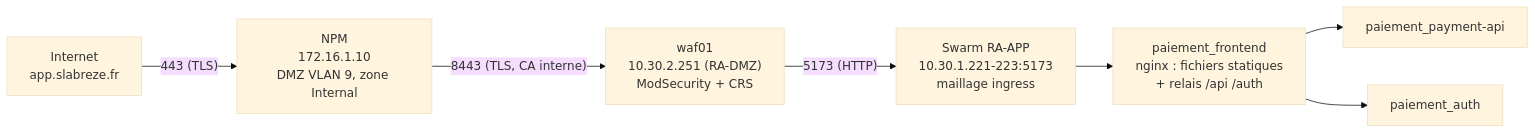
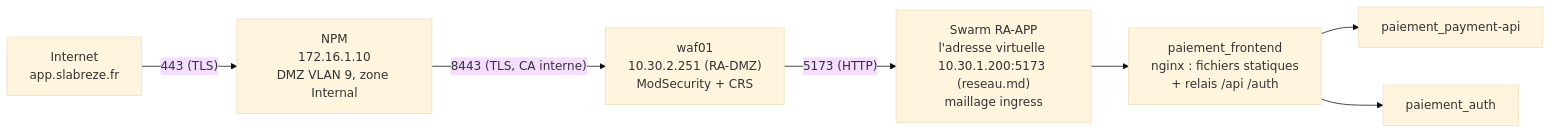
The diagram in infra/docs/application.md (Zouitni-Yassine/M2-EPSI-Workshop), drawn with Mermaid (base theme) before and after one commit. The commit also changed other lines of this file and 20 other files, not shown here.

First line of the commit message:
infra : sonde de transaction, dashboard Démo, adresse virtuelle, exposition publique

````diff
--- a/infra/docs/application.md
+++ b/infra/docs/application.md
@@ -371,8 +371,8 @@
 ```mermaid
 flowchart LR
   NET["Internet<br/>app.slabreze.fr"] -- "443 (TLS)" --> NPM["NPM<br/>172.16.1.10<br/>DMZ VLAN 9, zone Internal"]
   NPM -- "8443 (TLS, CA interne)" --> WAF["waf01<br/>10.30.2.251 (RA-DMZ)<br/>ModSecurity + CRS"]
-  WAF -- "5173 (HTTP)" --> SW["Swarm RA-APP<br/>10.30.1.221-223:5173<br/>maillage ingress"]
+  WAF -- "5173 (HTTP)" --> SW["Swarm RA-APP<br/>l'adresse virtuelle 10.30.1.200:5173 (reseau.md)<br/>maillage ingress"]
   SW --> FE["paiement_frontend<br/>nginx : fichiers statiques<br/>+ relais /api /auth"]
   FE --> API["paiement_payment-api"] & AUTH["paiement_auth"]
 ```
````
